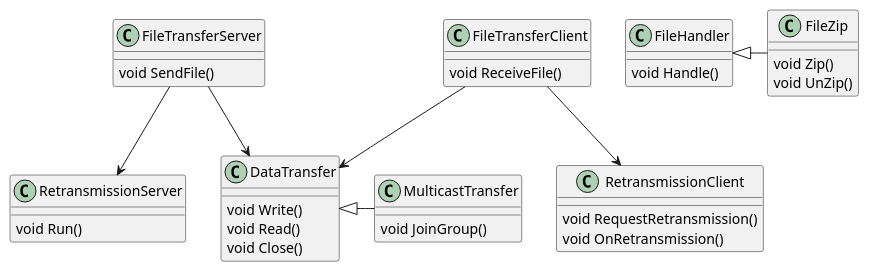
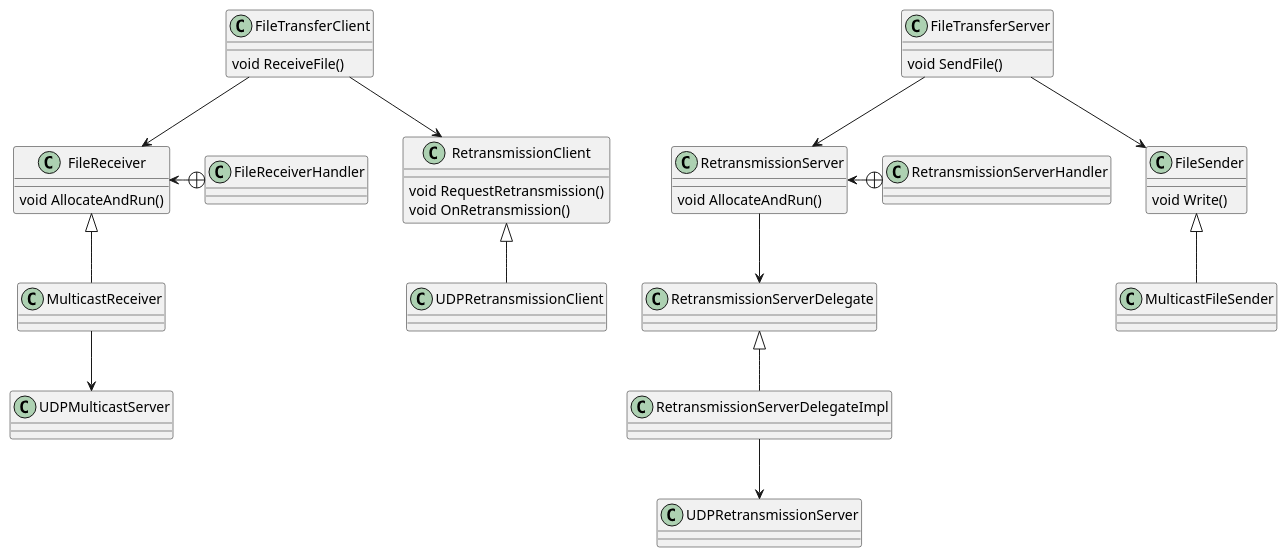
One commit to shmilycode/file_transfer_design changed the diagram in class.md. Above: the diagram before and after it, drawn with PlantUML. The commit also changed 1 other file, not shown here.

```diff
--- a/class.md
+++ b/class.md
@@ -1,47 +1,42 @@
 @startuml
 
 class RetransmissionClient{
   void RequestRetransmission()
   void OnRetransmission()
 }
 
 class RetransmissionServer{
-  void Run()
+  void AllocateAndRun()
 }
 
-class DataTransfer{
+class FileSender{
   void Write()
-  void Read()
-  void Close()
 }
 
-class MulticastTransfer{
-  void JoinGroup()
+class FileReceiver{
+  void AllocateAndRun()
 }
 
 class FileTransferServer{
   void SendFile()
 }
 
 class FileTransferClient{
   void ReceiveFile()
 }
 
-class FileHandler{
-  void Handle()
-}
-
-class FileZip{
-  void Zip()
-  void UnZip()
-}
-
-DataTransfer <|- MulticastTransfer
+RetransmissionClient <|-- UDPRetransmissionClient
+FileTransferClient --> RetransmissionClient
+FileTransferClient --> FileReceiver
+FileReceiver <-+ FileReceiverHandler
+FileReceiver <|-- MulticastReceiver
+MulticastReceiver --> UDPMulticastServer
 
 FileTransferServer --> RetransmissionServer
-FileTransferServer --> DataTransfer
-FileTransferClient --> RetransmissionClient
-FileTransferClient --> DataTransfer
-
-FileHandler <|- FileZip 
+FileTransferServer --> FileSender
+FileSender <|-- MulticastFileSender
+RetransmissionServer <-+ RetransmissionServerHandler
+RetransmissionServer --> RetransmissionServerDelegate
+RetransmissionServerDelegate <|-- RetransmissionServerDelegateImpl
+RetransmissionServerDelegateImpl --> UDPRetransmissionServer
 @enduml
```
